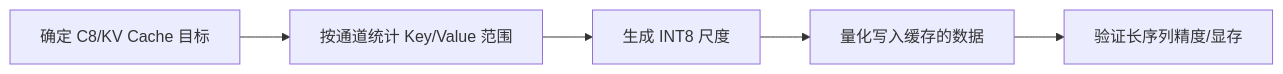
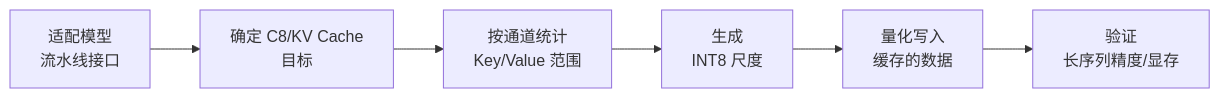
Before and after one commit to mindstudio-docs/master: the diagram in msmodelslim/docs/zh/knowledge_base/quantization_algorithms/kvcache_quant/usage_kvcache_quant.md, drawn with Mermaid. The commit also changed other lines of this file and 235 other files, not shown here.

````diff
--- a/msmodelslim/docs/zh/knowledge_base/quantization_algorithms/kvcache_quant/usage_kvcache_quant.md
+++ b/msmodelslim/docs/zh/knowledge_base/quantization_algorithms/kvcache_quant/usage_kvcache_quant.md
@@ -24,7 +28,8 @@
 ```mermaid
 flowchart LR
-    A[确定 C8/KV Cache 目标] --> B[按通道统计 Key/Value 范围]
-    B[按通道统计 Key/Value 范围] --> C[生成 INT8 尺度]
-    C[生成 INT8 尺度] --> D[量化写入缓存的数据]
-    D[量化写入缓存的数据] --> E[验证长序列精度/显存]
+    A[适配模型<br/>流水线接口] --> B[确定 C8/KV Cache<br/>目标]
+    B --> C[按通道统计<br/>Key/Value 范围]
+    C --> D[生成<br/>INT8 尺度]
+    D --> E[量化写入<br/>缓存的数据]
+    E --> F[验证<br/>长序列精度/显存]
 ```
````
